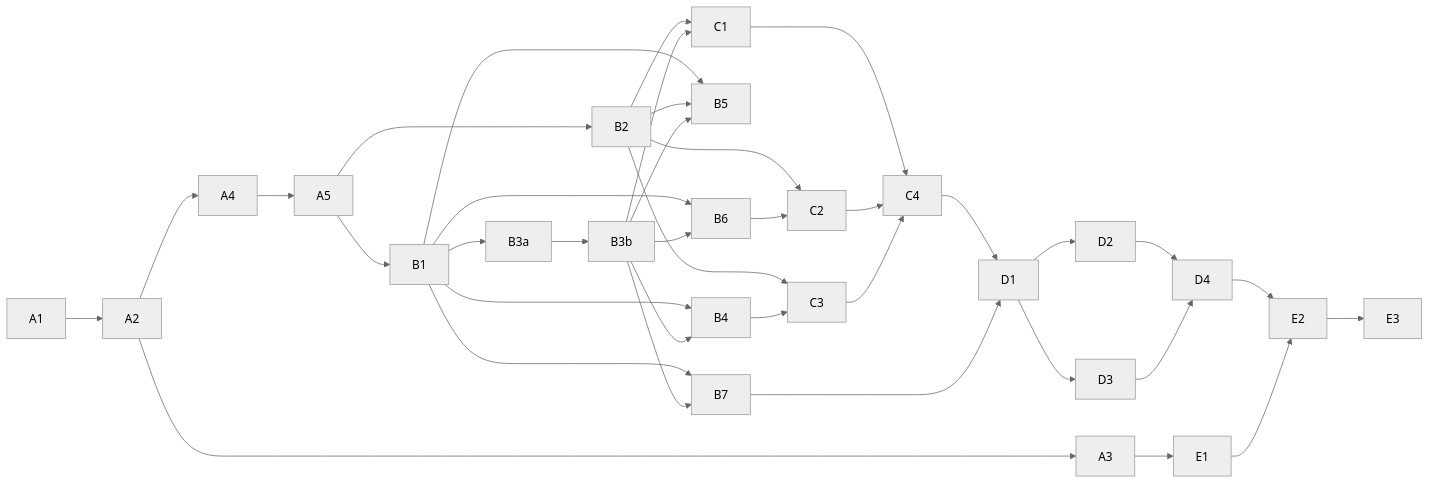
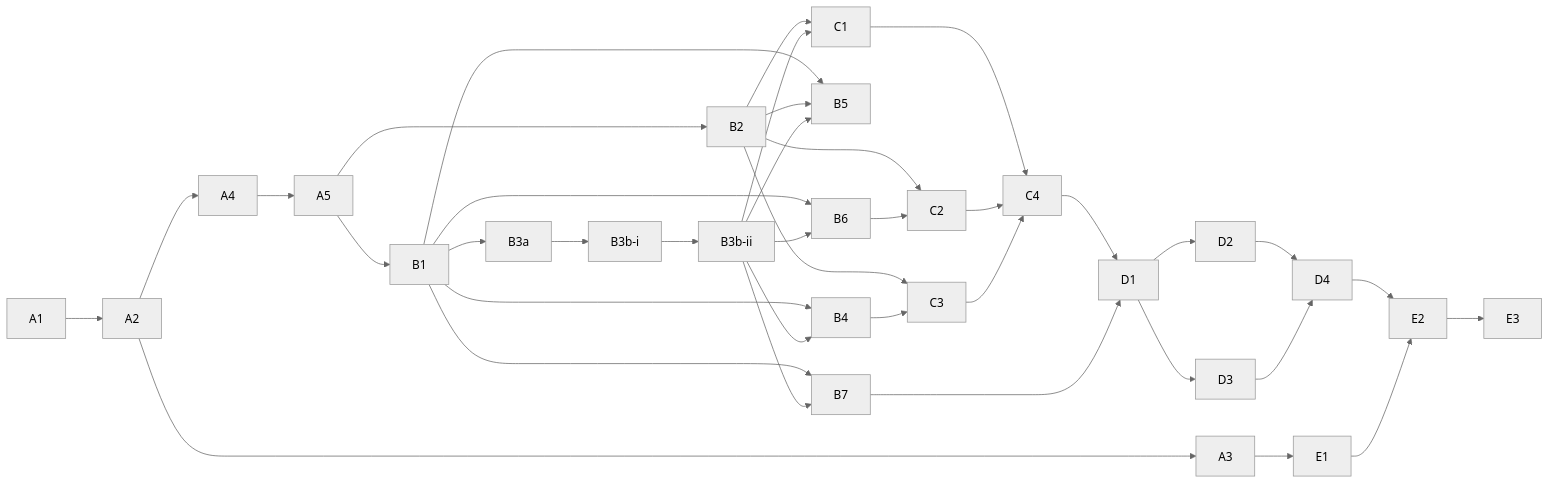
Before and after one commit to andreavadacchino/cPanel_self-migration: the diagram in tasks/BACKLOG.md, drawn with Mermaid (neutral theme). The commit also changed other lines of this file and 5 other files, not shown here.

````diff
--- a/tasks/BACKLOG.md
+++ b/tasks/BACKLOG.md
@@ -65,36 +66,36 @@
 ```mermaid
 graph LR
   A1-->A2
   A2-->A3
   A2-->A4-->A5
   A5-->B1
   A5-->B2
-  B1-->B3a-->B3b
+  B1-->B3a-->B3b-i-->B3b-ii
   B1-->B4
-  B3b-->B4
+  B3b-ii-->B4
   B1-->B5
   B2-->B5
-  B3b-->B5
+  B3b-ii-->B5
   B1-->B6
-  B3b-->B6
+  B3b-ii-->B6
   B1-->B7
-  B3b-->B7
+  B3b-ii-->B7
   B2-->C1
-  B3b-->C1
+  B3b-ii-->C1
   B2-->C2
   B6-->C2
   B2-->C3
   B4-->C3
   C1-->C4
   C2-->C4
   C3-->C4
   C4-->D1
   B7-->D1
   D1-->D2
   D1-->D3
   D2-->D4
   D3-->D4
   A3-->E1
   D4-->E2
   E1-->E2-->E3
 ```
````
